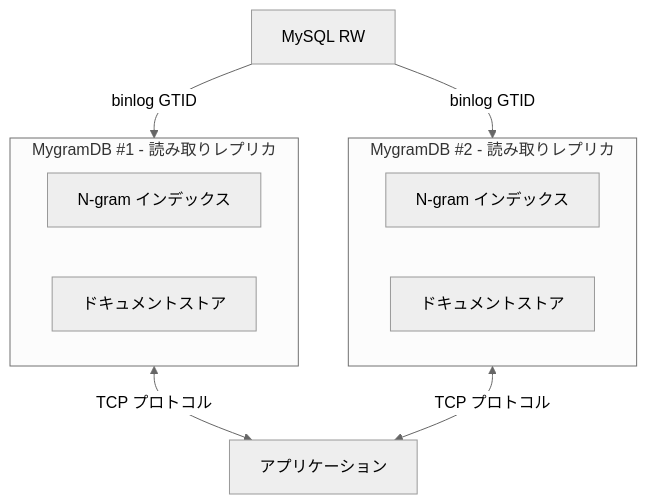
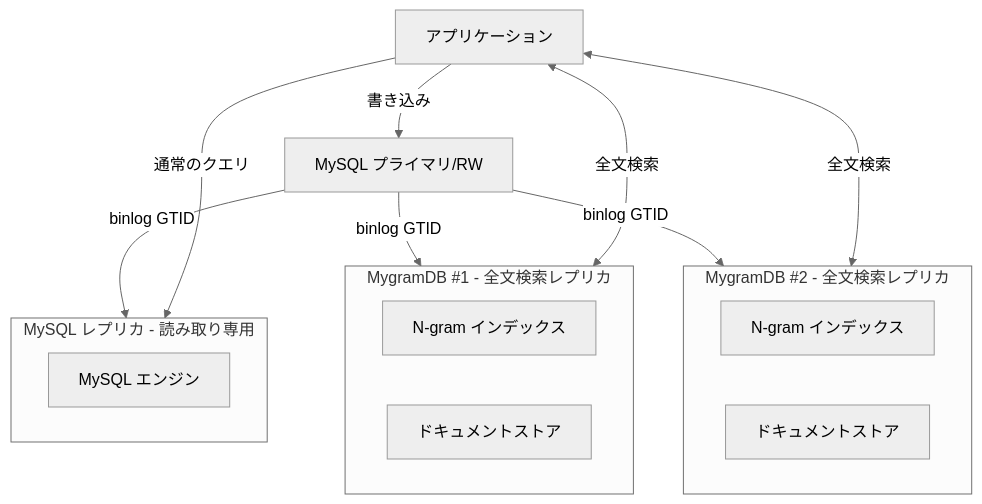
One commit to libraz/mygram-db changed the diagram in README_ja.md. Above: the diagram before and after it, drawn with Mermaid (neutral theme). The commit also changed other lines of this file and 38 other files, not shown here.

````diff
--- a/README_ja.md
+++ b/README_ja.md
@@ -30,18 +38,25 @@
 ```mermaid
 graph TD
-    MySQL[MySQL RW] -->|binlog GTID| MygramDB1[MygramDB #1]
+    MySQL[MySQL プライマリ/RW] -->|binlog GTID| MySQLReplica[MySQL レプリカ]
+    MySQL -->|binlog GTID| MygramDB1[MygramDB #1]
     MySQL -->|binlog GTID| MygramDB2[MygramDB #2]
 
-    subgraph MygramDB1[MygramDB #1 - 読み取りレプリカ]
+    subgraph MySQLReplica[MySQL レプリカ - 読み取り専用]
+        MySQLEngine[MySQL エンジン]
+    end
+
+    subgraph MygramDB1[MygramDB #1 - 全文検索レプリカ]
         Index1[N-gram インデックス]
         DocStore1[ドキュメントストア]
     end
 
-    subgraph MygramDB2[MygramDB #2 - 読み取りレプリカ]
+    subgraph MygramDB2[MygramDB #2 - 全文検索レプリカ]
         Index2[N-gram インデックス]
         DocStore2[ドキュメントストア]
     end
 
-    MygramDB1 <-->|TCP プロトコル| App[アプリケーション]
-    MygramDB2 <-->|TCP プロトコル| App
+    App[アプリケーション] -->|書き込み| MySQL
+    App -->|通常のクエリ| MySQLReplica
+    App <-->|全文検索| MygramDB1
+    App <-->|全文検索| MygramDB2
 ```
````
